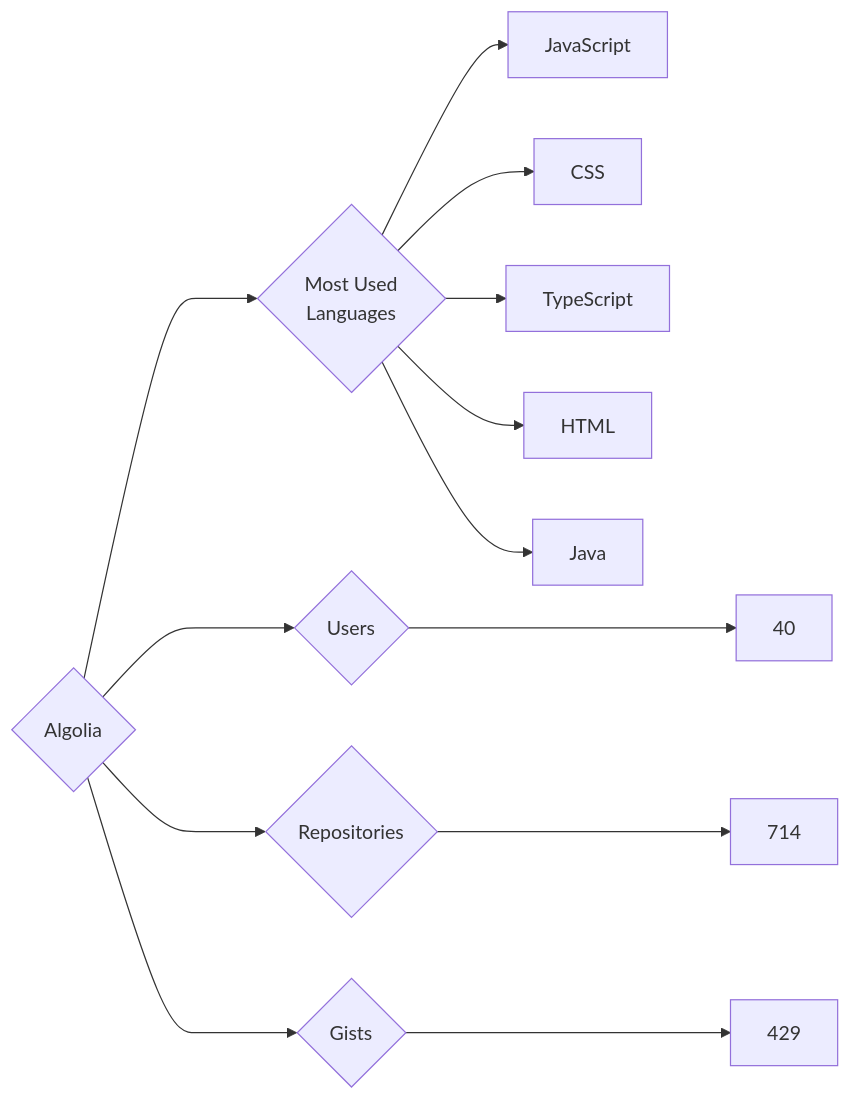
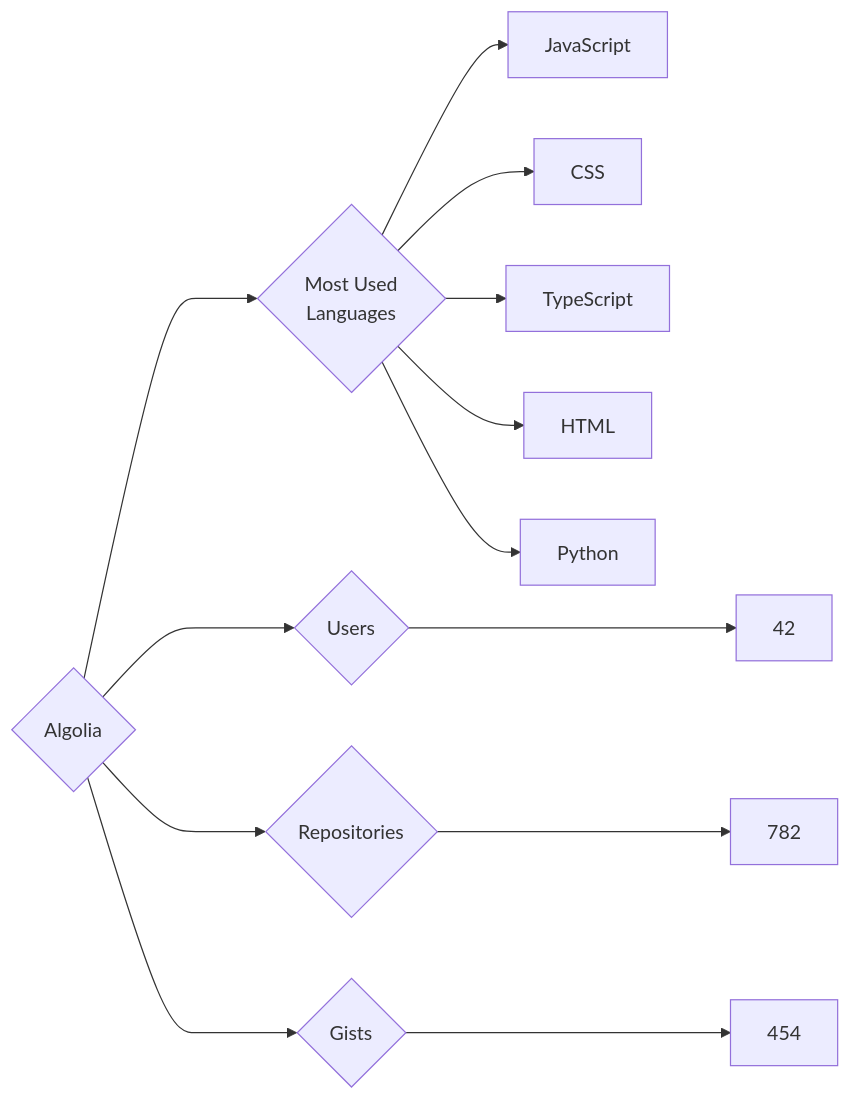
The diagram in targets/Algolia/README.md (trickest/insiders), drawn with Mermaid before and after one commit. The commit also changed 693 other files, not shown here.

````diff
--- a/targets/Algolia/README.md
+++ b/targets/Algolia/README.md
@@ -3,13 +3,13 @@
 ```mermaid
 graph LR
 COMPANY_NAME{Algolia}
-COMPANY_NAME ---> U{Users} ---> UN[40]
-COMPANY_NAME ---> R{Repositories} ---> RN[714]
-COMPANY_NAME ---> G{Gists} ---> GN[429]
+COMPANY_NAME ---> U{Users} ---> UN[42]
+COMPANY_NAME ---> R{Repositories} ---> RN[782]
+COMPANY_NAME ---> G{Gists} ---> GN[454]
 COMPANY_NAME ---> ML{Most Used<br>Languages}
 ML --> JavaScript[JavaScript]
 ML --> CSS[CSS]
 ML --> TypeScript[TypeScript]
 ML --> HTML[HTML]
-ML --> Java[Java]
+ML --> Python[Python]
 ```
````
